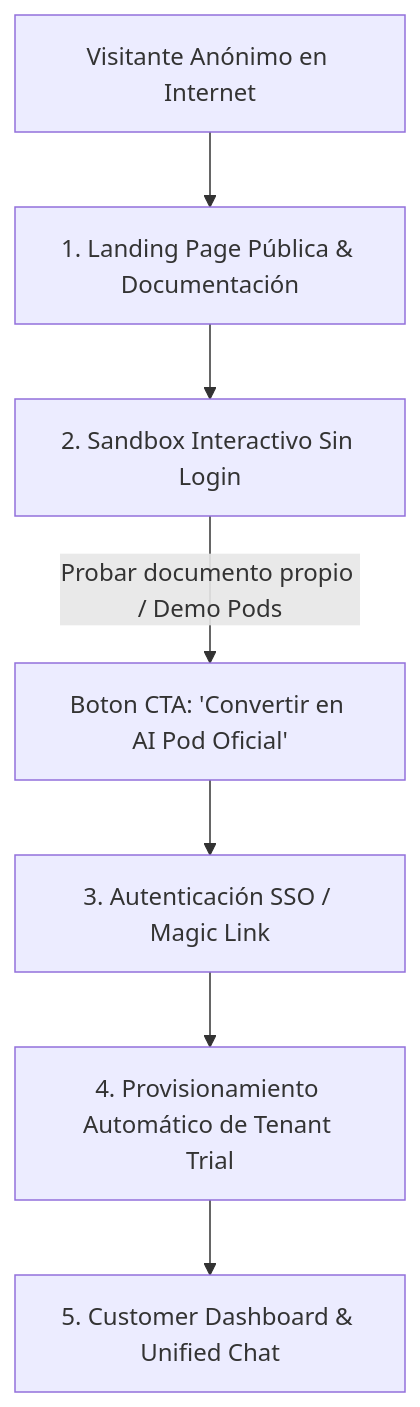
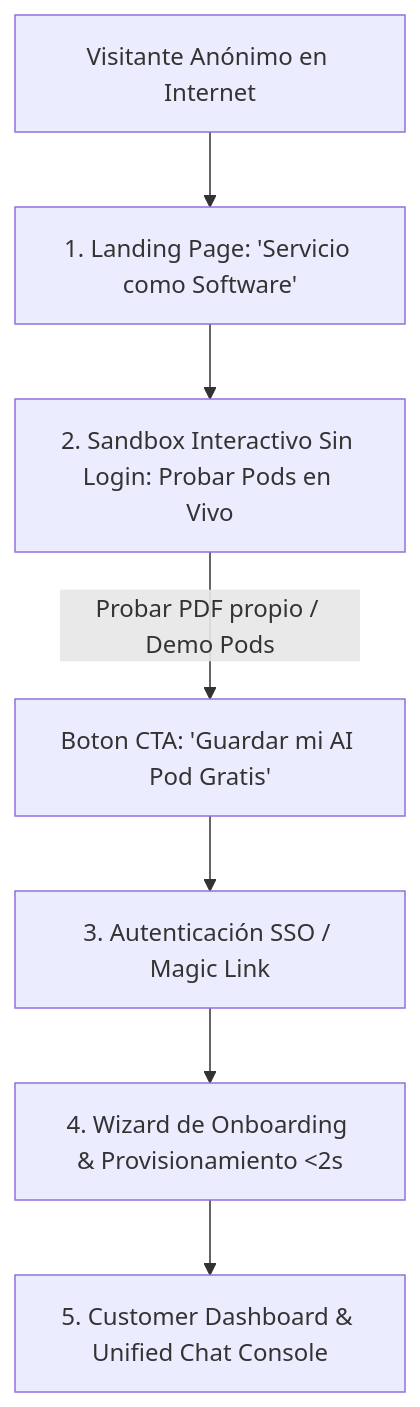
Before and after one commit to onlyone-ai-pods/aipods-core-engine: the diagram in specs/04_customer_portal_growth/12_customer_portal_marketing_and_sandbox_spec.md, drawn with Mermaid. The commit also changed other lines of this file and 3 other files, not shown here.

First line of the commit message:
[IMP] docs: integrate Service-as-Software paradigm positioning into landing page and business specs

````diff
--- a/specs/04_customer_portal_growth/12_customer_portal_marketing_and_sandbox_spec.md
+++ b/specs/04_customer_portal_growth/12_customer_portal_marketing_and_sandbox_spec.md
@@ -16,9 +27,9 @@
 ```mermaid
 graph TD
-    Visitor[Visitante Anónimo en Internet] --> Landing[1. Landing Page Pública & Documentación]
-    Landing --> Sandbox[2. Sandbox Interactivo Sin Login]
-    Sandbox -->|Probar documento propio / Demo Pods| CTA[Boton CTA: 'Convertir en AI Pod Oficial']
+    Visitor[Visitante Anónimo en Internet] --> Landing[1. Landing Page: 'Servicio como Software']
+    Landing --> Sandbox[2. Sandbox Interactivo Sin Login: Probar Pods en Vivo]
+    Sandbox -->|Probar PDF propio / Demo Pods| CTA[Boton CTA: 'Guardar mi AI Pod Gratis']
     CTA --> Auth[3. Autenticación SSO / Magic Link]
-    Auth --> Onboarding[4. Provisionamiento Automático de Tenant Trial]
-    Onboarding --> Dashboard[5. Customer Dashboard & Unified Chat]
+    Auth --> Onboarding[4. Wizard de Onboarding & Provisionamiento <2s]
+    Onboarding --> Dashboard[5. Customer Dashboard & Unified Chat Console]
 ```
````
